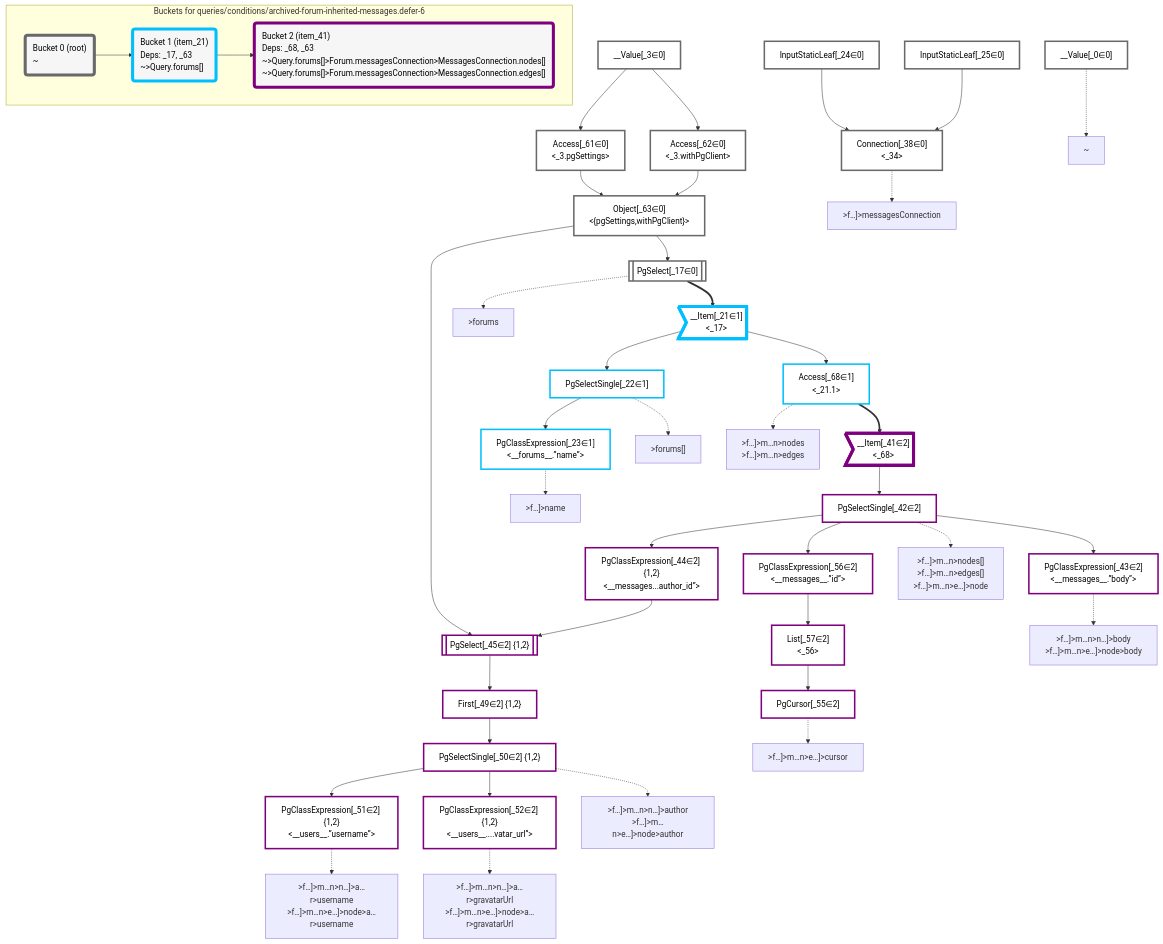
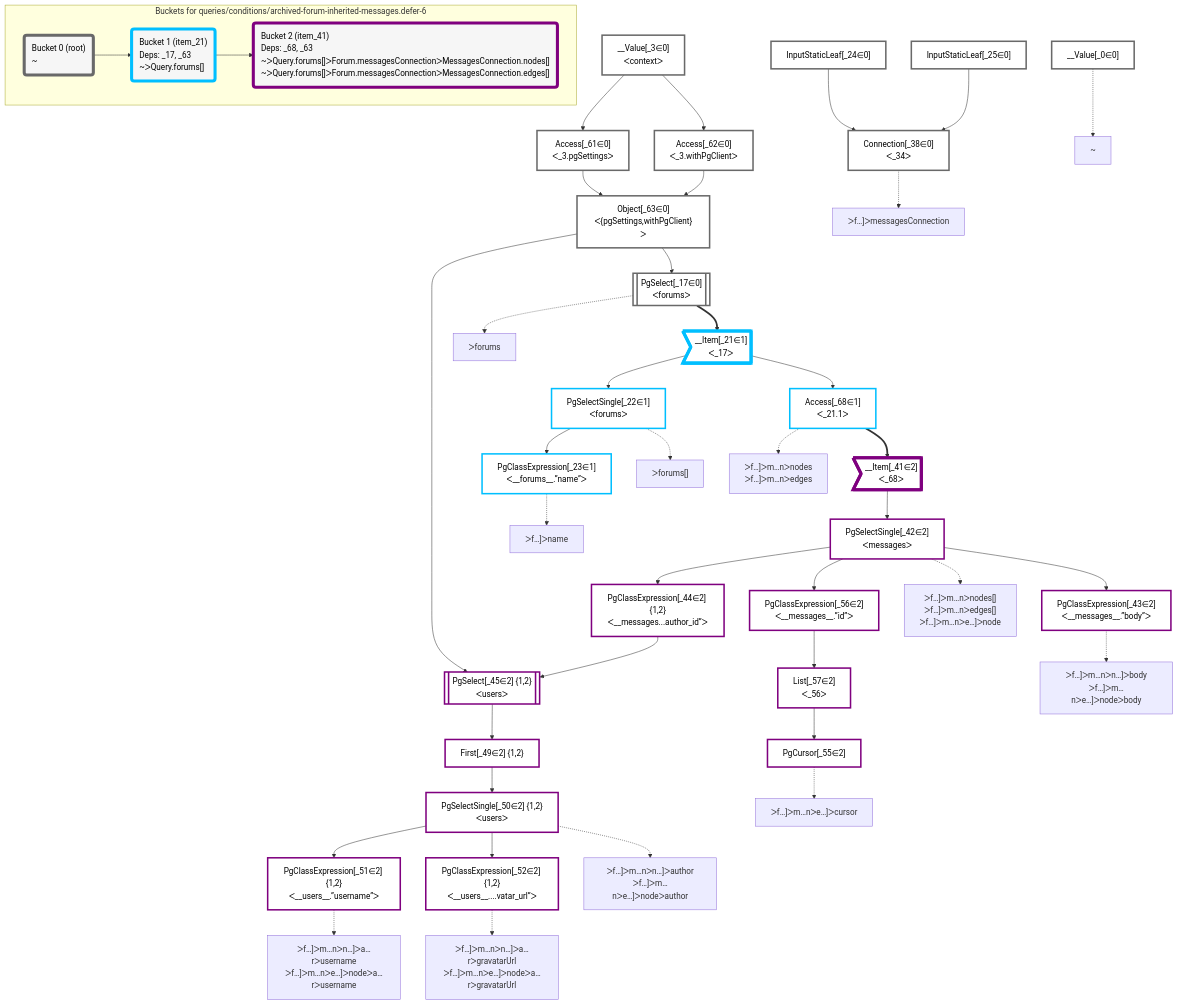
One commit to graphile/crystal changed the diagram in packages/dataplan-pg/__tests__/queries/conditions/archived-forum-inherited-messages.defer-6.mermaid.md. Above: the diagram before and after it, drawn with Mermaid. The commit also changed 195 other files, not shown here.

```diff
--- a/packages/dataplan-pg/__tests__/queries/conditions/archived-forum-inherited-messages.defer-6.mermaid.md
+++ b/packages/dataplan-pg/__tests__/queries/conditions/archived-forum-inherited-messages.defer-6.mermaid.md
@@ -9,30 +9,30 @@
 
     %% define plans
     __Value_0["__Value[_0∈0]"]:::plan
-    __Value_3["__Value[_3∈0]<br /><context>"]:::plan
-    PgSelect_17[["PgSelect[_17∈0]<br /><forums>"]]:::plan
-    __Item_21>"__Item[_21∈1]<br /><_17>"]:::itemplan
-    PgSelectSingle_22["PgSelectSingle[_22∈1]<br /><forums>"]:::plan
-    PgClassExpression_23["PgClassExpression[_23∈1]<br /><__forums__.”name”>"]:::plan
+    __Value_3["__Value[_3∈0]<br />ᐸcontextᐳ"]:::plan
+    PgSelect_17[["PgSelect[_17∈0]<br />ᐸforumsᐳ"]]:::plan
+    __Item_21>"__Item[_21∈1]<br />ᐸ_17ᐳ"]:::itemplan
+    PgSelectSingle_22["PgSelectSingle[_22∈1]<br />ᐸforumsᐳ"]:::plan
+    PgClassExpression_23["PgClassExpression[_23∈1]<br />ᐸ__forums__.”name”ᐳ"]:::plan
     InputStaticLeaf_24["InputStaticLeaf[_24∈0]"]:::plan
     InputStaticLeaf_25["InputStaticLeaf[_25∈0]"]:::plan
-    Connection_38["Connection[_38∈0]<br /><_34>"]:::plan
-    __Item_41>"__Item[_41∈2]<br /><_68>"]:::itemplan
-    PgSelectSingle_42["PgSelectSingle[_42∈2]<br /><messages>"]:::plan
-    PgClassExpression_43["PgClassExpression[_43∈2]<br /><__messages__.”body”>"]:::plan
-    PgClassExpression_44["PgClassExpression[_44∈2] {1,2}<br /><__messages...author_id”>"]:::plan
-    PgSelect_45[["PgSelect[_45∈2] {1,2}<br /><users>"]]:::plan
+    Connection_38["Connection[_38∈0]<br />ᐸ_34ᐳ"]:::plan
+    __Item_41>"__Item[_41∈2]<br />ᐸ_68ᐳ"]:::itemplan
+    PgSelectSingle_42["PgSelectSingle[_42∈2]<br />ᐸmessagesᐳ"]:::plan
+    PgClassExpression_43["PgClassExpression[_43∈2]<br />ᐸ__messages__.”body”ᐳ"]:::plan
+    PgClassExpression_44["PgClassExpression[_44∈2] {1,2}<br />ᐸ__messages...author_id”ᐳ"]:::plan
+    PgSelect_45[["PgSelect[_45∈2] {1,2}<br />ᐸusersᐳ"]]:::plan
     First_49["First[_49∈2] {1,2}"]:::plan
-    PgSelectSingle_50["PgSelectSingle[_50∈2] {1,2}<br /><users>"]:::plan
-    PgClassExpression_51["PgClassExpression[_51∈2] {1,2}<br /><__users__.”username”>"]:::plan
-    PgClassExpression_52["PgClassExpression[_52∈2] {1,2}<br /><__users__....vatar_url”>"]:::plan
+    PgSelectSingle_50["PgSelectSingle[_50∈2] {1,2}<br />ᐸusersᐳ"]:::plan
+    PgClassExpression_51["PgClassExpression[_51∈2] {1,2}<br />ᐸ__users__.”username”ᐳ"]:::plan
+    PgClassExpression_52["PgClassExpression[_52∈2] {1,2}<br />ᐸ__users__....vatar_url”ᐳ"]:::plan
     PgCursor_55["PgCursor[_55∈2]"]:::plan
-    PgClassExpression_56["PgClassExpression[_56∈2]<br /><__messages__.”id”>"]:::plan
-    List_57["List[_57∈2]<br /><_56>"]:::plan
-    Access_61["Access[_61∈0]<br /><_3.pgSettings>"]:::plan
-    Access_62["Access[_62∈0]<br /><_3.withPgClient>"]:::plan
-    Object_63["Object[_63∈0]<br /><{pgSettings,withPgClient}>"]:::plan
-    Access_68["Access[_68∈1]<br /><_21.1>"]:::plan
+    PgClassExpression_56["PgClassExpression[_56∈2]<br />ᐸ__messages__.”id”ᐳ"]:::plan
+    List_57["List[_57∈2]<br />ᐸ_56ᐳ"]:::plan
+    Access_61["Access[_61∈0]<br />ᐸ_3.pgSettingsᐳ"]:::plan
+    Access_62["Access[_62∈0]<br />ᐸ_3.withPgClientᐳ"]:::plan
+    Object_63["Object[_63∈0]<br />ᐸ{pgSettings,withPgClient}ᐳ"]:::plan
+    Access_68["Access[_68∈1]<br />ᐸ_21.1ᐳ"]:::plan
 
     %% plan dependencies
     Object_63 --> PgSelect_17
@@ -63,27 +63,27 @@
     %% plan-to-path relationships
     P_0["~"]
     __Value_0 -.-> P_0
-    P_17[">forums"]
+    P_17["ᐳforums"]
     PgSelect_17 -.-> P_17
-    P_22[">forums[]"]
+    P_22["ᐳforums[]"]
     PgSelectSingle_22 -.-> P_22
-    P_23[">f…]>name"]
+    P_23["ᐳf…]ᐳname"]
     PgClassExpression_23 -.-> P_23
-    P_38[">f…]>messagesConnection"]
+    P_38["ᐳf…]ᐳmessagesConnection"]
     Connection_38 -.-> P_38
-    P_42[">f…]>m…n>nodes[]<br />>f…]>m…n>edges[]<br />>f…]>m…n>e…]>node"]
+    P_42["ᐳf…]ᐳm…nᐳnodes[]<br />ᐳf…]ᐳm…nᐳedges[]<br />ᐳf…]ᐳm…nᐳe…]ᐳnode"]
     PgSelectSingle_42 -.-> P_42
-    P_43[">f…]>m…n>n…]>body<br />>f…]>m…n>e…]>node>body"]
+    P_43["ᐳf…]ᐳm…nᐳn…]ᐳbody<br />ᐳf…]ᐳm…nᐳe…]ᐳnodeᐳbody"]
     PgClassExpression_43 -.-> P_43
-    P_50[">f…]>m…n>n…]>author<br />>f…]>m…n>e…]>node>author"]
+    P_50["ᐳf…]ᐳm…nᐳn…]ᐳauthor<br />ᐳf…]ᐳm…nᐳe…]ᐳnodeᐳauthor"]
     PgSelectSingle_50 -.-> P_50
-    P_51[">f…]>m…n>n…]>a…r>username<br />>f…]>m…n>e…]>node>a…r>username"]
+    P_51["ᐳf…]ᐳm…nᐳn…]ᐳa…rᐳusername<br />ᐳf…]ᐳm…nᐳe…]ᐳnodeᐳa…rᐳusername"]
     PgClassExpression_51 -.-> P_51
-    P_52[">f…]>m…n>n…]>a…r>gravatarUrl<br />>f…]>m…n>e…]>node>a…r>gravatarUrl"]
+    P_52["ᐳf…]ᐳm…nᐳn…]ᐳa…rᐳgravatarUrl<br />ᐳf…]ᐳm…nᐳe…]ᐳnodeᐳa…rᐳgravatarUrl"]
     PgClassExpression_52 -.-> P_52
-    P_55[">f…]>m…n>e…]>cursor"]
+    P_55["ᐳf…]ᐳm…nᐳe…]ᐳcursor"]
     PgCursor_55 -.-> P_55
-    P_68[">f…]>m…n>nodes<br />>f…]>m…n>edges"]
+    P_68["ᐳf…]ᐳm…nᐳnodes<br />ᐳf…]ᐳm…nᐳedges"]
     Access_68 -.-> P_68
 
     %% allocate buckets
@@ -97,10 +97,10 @@
     subgraph "Buckets for queries/conditions/archived-forum-inherited-messages.defer-6"
     Bucket0("Bucket 0 (root)<br />~"):::bucket
     style Bucket0 stroke:#696969
-    Bucket1("Bucket 1 (item_21)<br />Deps: _17, _63<br />~>Query.forums[]"):::bucket
+    Bucket1("Bucket 1 (item_21)<br />Deps: _17, _63<br />~ᐳQuery.forums[]"):::bucket
     style Bucket1 stroke:#00bfff
     Bucket0 --> Bucket1
-    Bucket2("Bucket 2 (item_41)<br />Deps: _68, _63<br />~>Query.forums[]>Forum.messagesConnection>MessagesConnection.nodes[]<br />~>Query.forums[]>Forum.messagesConnection>MessagesConnection.edges[]"):::bucket
+    Bucket2("Bucket 2 (item_41)<br />Deps: _68, _63<br />~ᐳQuery.forums[]ᐳForum.messagesConnectionᐳMessagesConnection.nodes[]<br />~ᐳQuery.forums[]ᐳForum.messagesConnectionᐳMessagesConnection.edges[]"):::bucket
     style Bucket2 stroke:#7f007f
     Bucket1 --> Bucket2
     end
```
